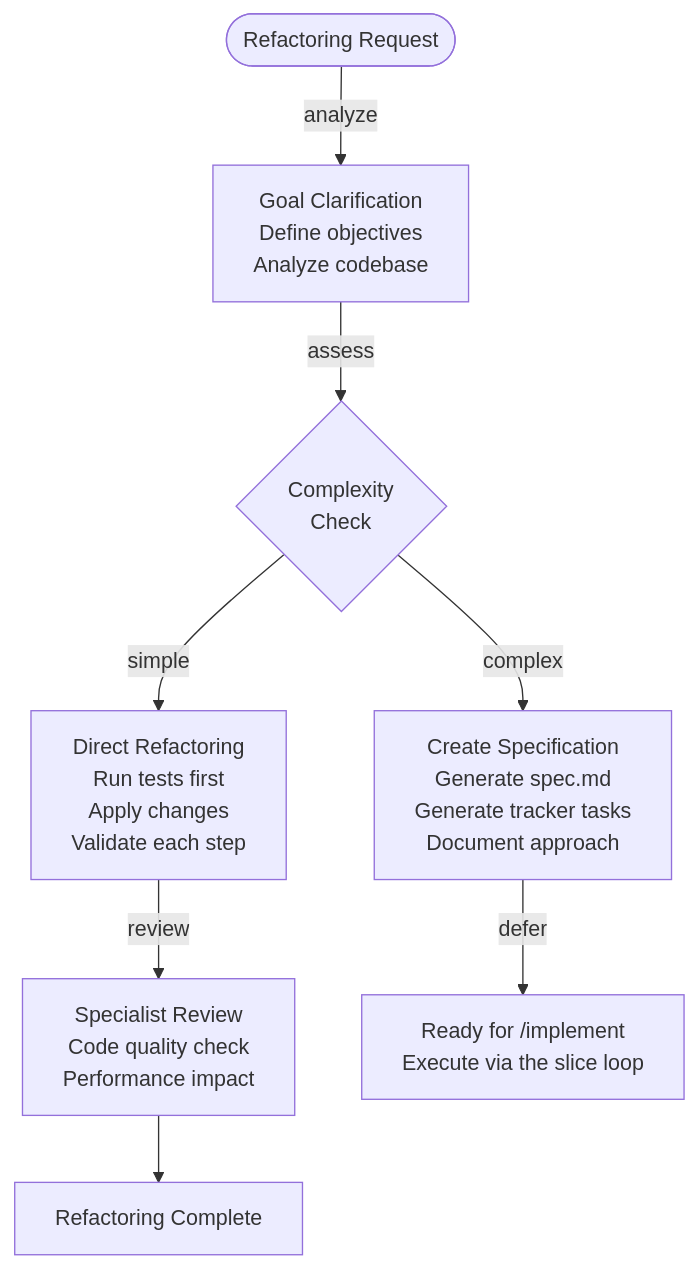
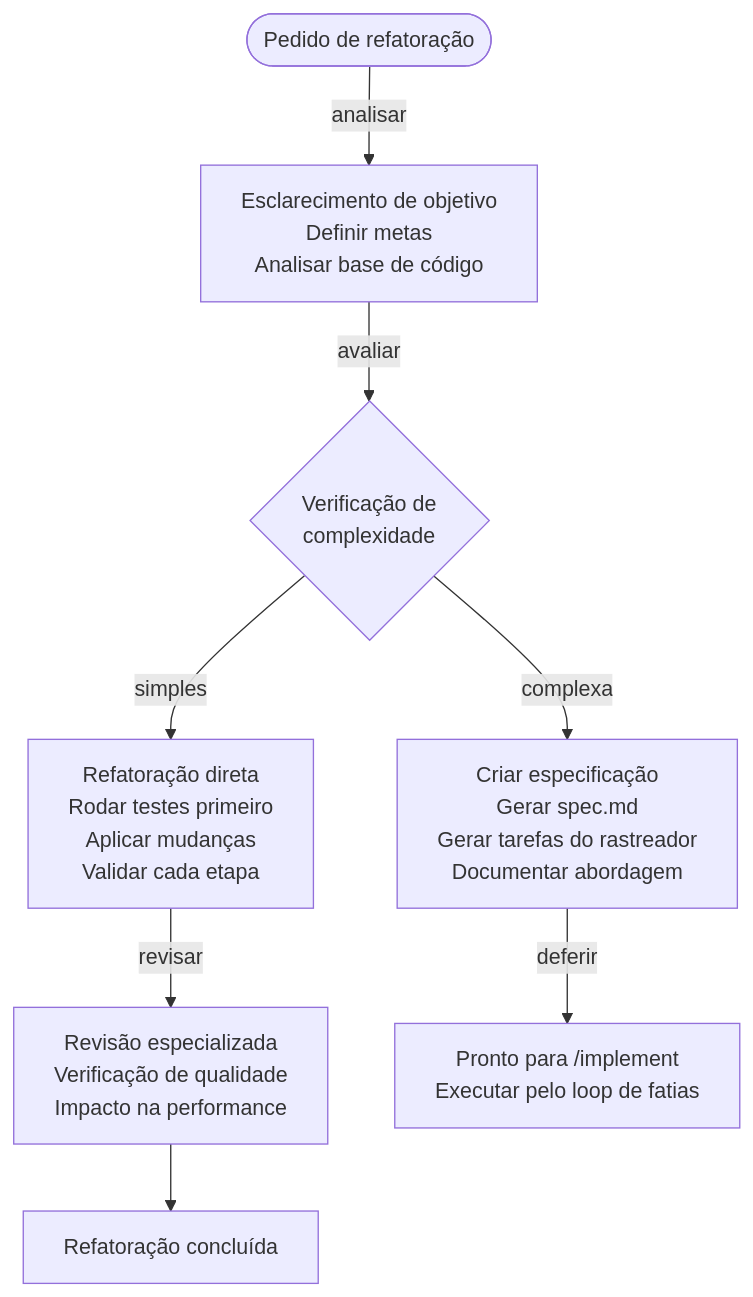
The eighth of 10 diagrams in mods/start/README.md (claude-code-mods/claude-code-mods-pt-br), drawn with Mermaid before and after one commit. The commit also changed other lines of this file and 21 other files, not shown here.

````diff
--- a/mods/start/README.md
+++ b/mods/start/README.md
@@ -431,10 +431,10 @@
 ```mermaid
 flowchart TD
-    A([Refactoring Request]) --> |analyze| B[Goal Clarification<br/>Define objectives<br/>Analyze codebase]
-    B --> |assess| C{Complexity<br>Check}
-    C --> |simple| D[Direct Refactoring<br/>Run tests first<br/>Apply changes<br/>Validate each step]
-    D --> |review| E[Specialist Review<br/>Code quality check<br/>Performance impact]
-    E --> DONE[Refactoring Complete]
-    C --> |complex| F[Create Specification<br/>Generate spec.md<br/>Generate tracker tasks<br/>Document approach]
-    F --> |defer| G[Ready for /implement<br/>Execute via the slice loop]
+    A([Pedido de refatoração]) --> |analisar| B[Esclarecimento de objetivo<br/>Definir metas<br/>Analisar base de código]
+    B --> |avaliar| C{Verificação de<br>complexidade}
+    C --> |simples| D[Refatoração direta<br/>Rodar testes primeiro<br/>Aplicar mudanças<br/>Validar cada etapa]
+    D --> |revisar| E[Revisão especializada<br/>Verificação de qualidade<br/>Impacto na performance]
+    E --> DONE[Refatoração concluída]
+    C --> |complexa| F[Criar especificação<br/>Gerar spec.md<br/>Gerar tarefas do rastreador<br/>Documentar abordagem]
+    F --> |deferir| G[Pronto para /implement<br/>Executar pelo loop de fatias]
 ```
````
